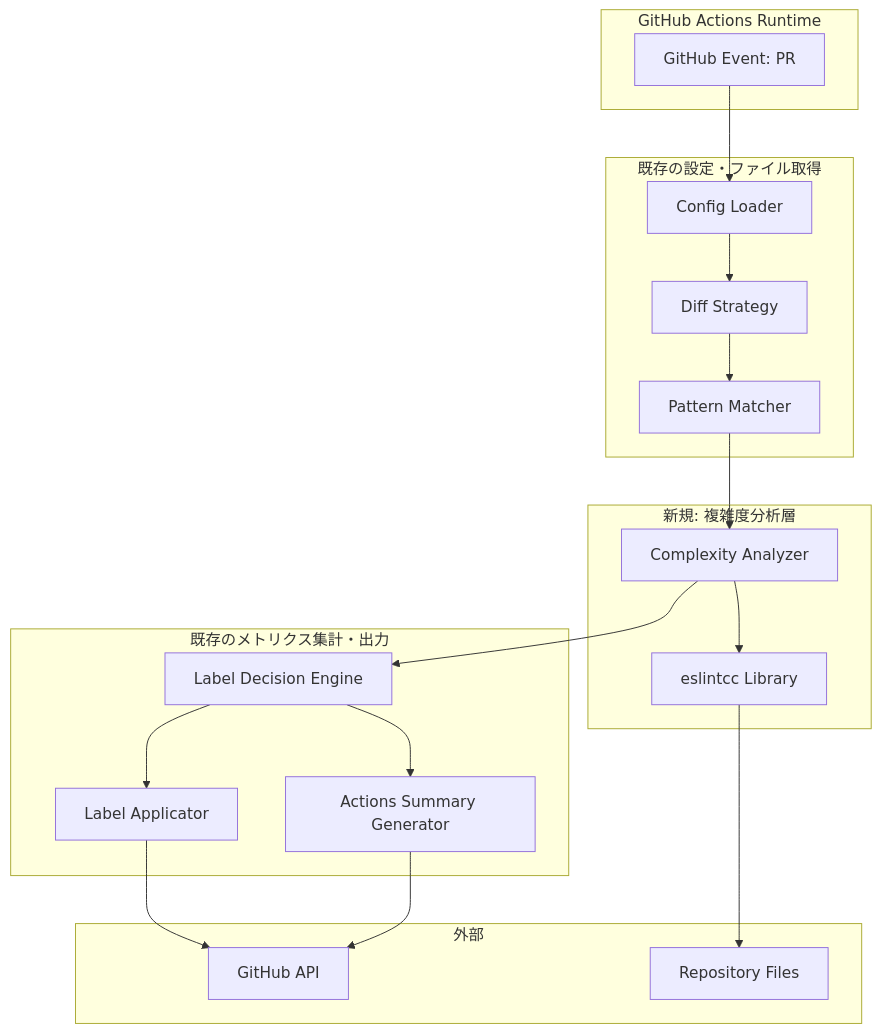
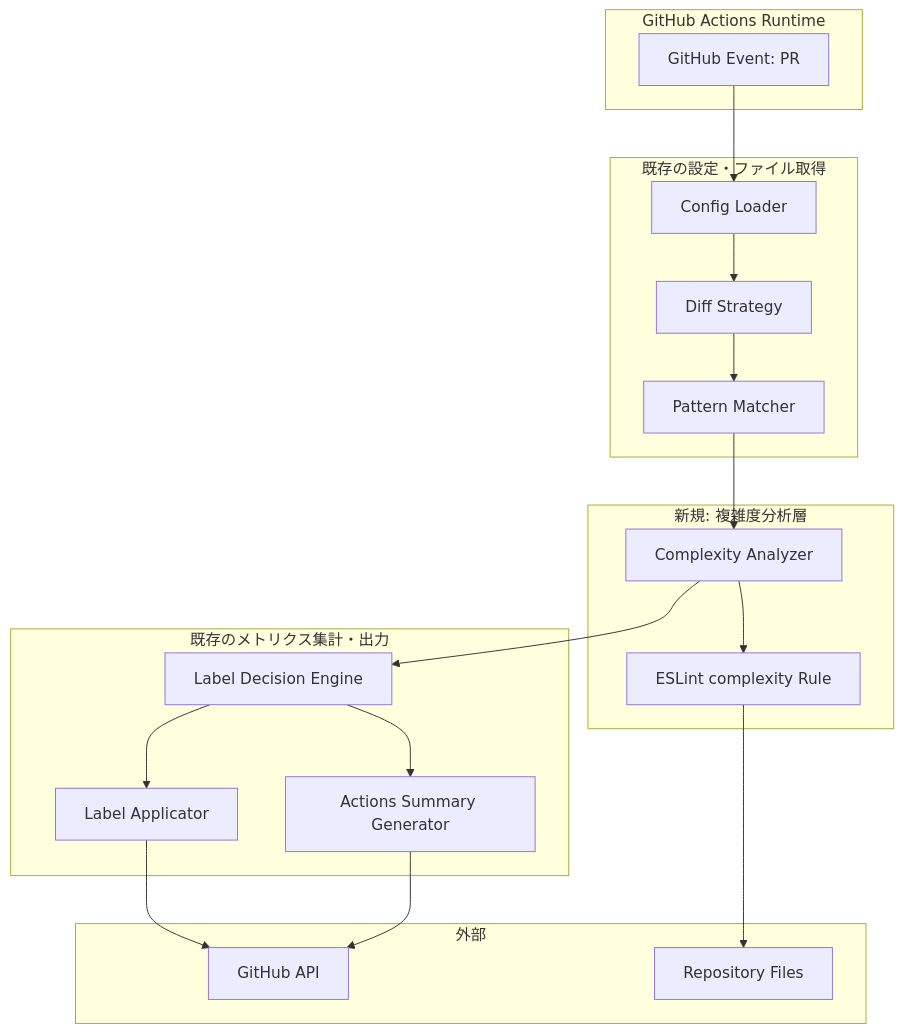
The first of 3 diagrams in .kiro/specs/code-complexity-analysis/design.md (jey3dayo/pr-labeler), drawn with Mermaid before and after one commit. The commit also changed other lines of this file and 6 other files, not shown here.

Commit message:
docs: Update to use ESLint complexity rule

````diff
--- a/.kiro/specs/code-complexity-analysis/design.md
+++ b/.kiro/specs/code-complexity-analysis/design.md
@@ -68,40 +68,40 @@
 ```mermaid
 graph TB
     subgraph "GitHub Actions Runtime"
         A[GitHub Event: PR]
     end
 
     subgraph "既存の設定・ファイル取得"
         B[Config Loader]
         C[Diff Strategy]
         D[Pattern Matcher]
     end
 
     subgraph "新規: 複雑度分析層"
         E[Complexity Analyzer]
-        F[eslintcc Library]
+        F[ESLint complexity Rule]
     end
 
     subgraph "既存のメトリクス集計・出力"
         G[Label Decision Engine]
         H[Label Applicator]
         I[Actions Summary Generator]
     end
 
     subgraph "外部"
         J[GitHub API]
         K[Repository Files]
     end
 
     A --> B
     B --> C
     C --> D
     D --> E
     E --> F
     F --> K
     E --> G
     G --> H
     H --> J
     G --> I
     I --> J
 ```
````
